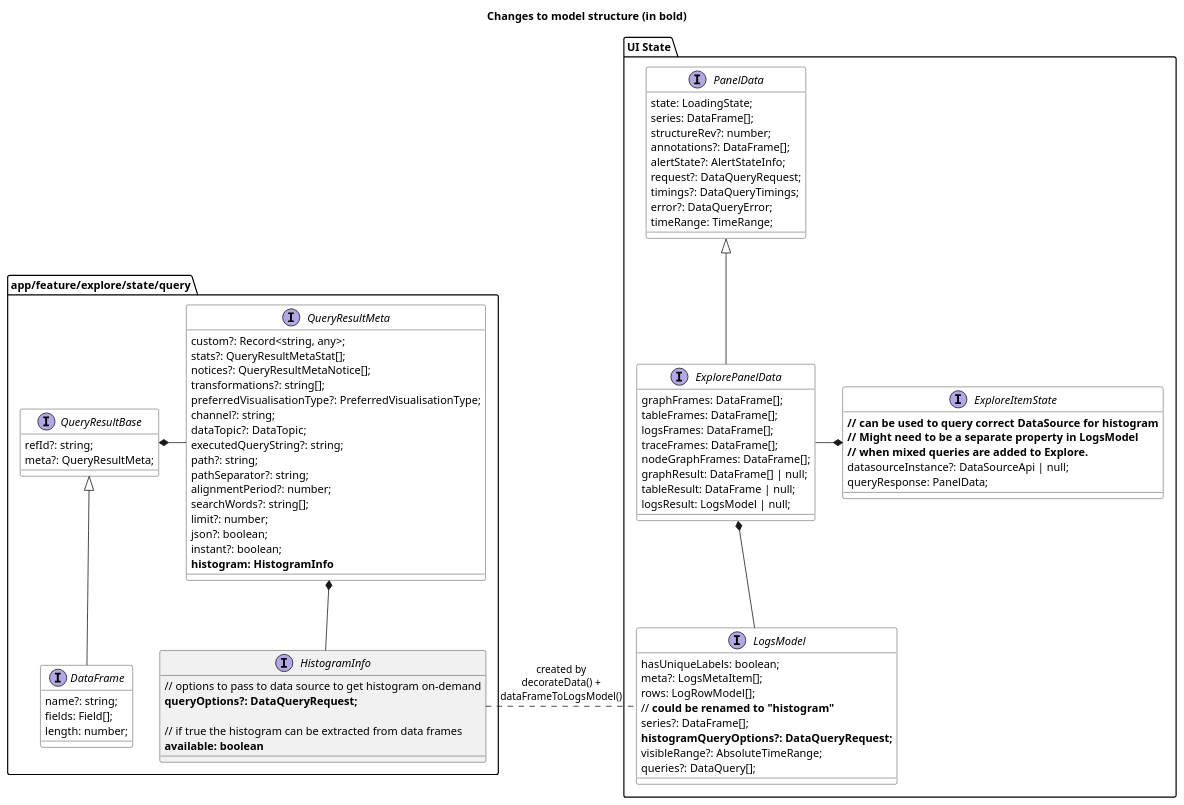
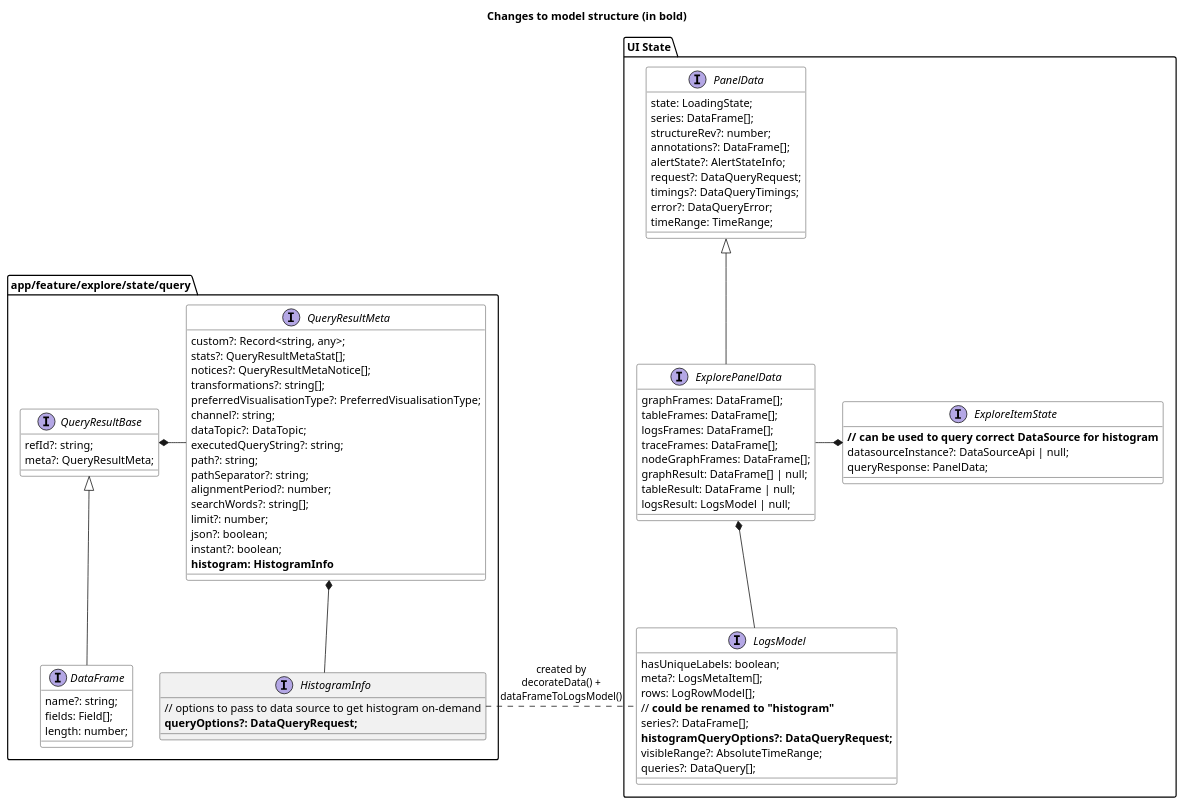
Before and after one commit to De30/grafana: the diagram in public/app/plugins/datasource/loki/docs/full-range-histogram/classes.puml, drawn with PlantUML. The commit also changed 1 other file, not shown here.

Commit message:
Diagrams v2.1

```diff
--- a/public/app/plugins/datasource/loki/docs/full-range-histogram/classes.puml
+++ b/public/app/plugins/datasource/loki/docs/full-range-histogram/classes.puml
@@ -1,98 +1,93 @@
 @startuml
 
 title: Changes to model structure (in bold)
 
 package "app/feature/explore/state/query" {
   interface DataFrame #white extends QueryResultBase  {
     name?: string;
     fields: Field[];
     length: number;
   }
 
   interface QueryResultBase #white {
     refId?: string;
     meta?: QueryResultMeta;
   }
 
   interface QueryResultMeta #white {
     custom?: Record<string, any>;
     stats?: QueryResultMetaStat[];
     notices?: QueryResultMetaNotice[];
     transformations?: string[];
     preferredVisualisationType?: PreferredVisualisationType;
     channel?: string;
     dataTopic?: DataTopic;
     executedQueryString?: string;
     path?: string;
     pathSeparator?: string;
     alignmentPeriod?: number;
     searchWords?: string[];
     limit?: number;
     json?: boolean;
     instant?: boolean;
     <b>histogram: HistogramInfo</b>
   }
 
   interface HistogramInfo {
     // options to pass to data source to get histogram on-demand
     <b>queryOptions?: DataQueryRequest;</b>
-
-    // if true the histogram can be extracted from data frames
-    <b>available: boolean</b>
   }
 
 }
 
 QueryResultBase *- QueryResultMeta
 QueryResultMeta *-- HistogramInfo
 
 package "UI State" {
   interface PanelData #white {
     state: LoadingState;
     series: DataFrame[];
     structureRev?: number;
     annotations?: DataFrame[];
     alertState?: AlertStateInfo;
     request?: DataQueryRequest;
     timings?: DataQueryTimings;
     error?: DataQueryError;
     timeRange: TimeRange;
   }
 
   interface ExplorePanelData #white extends PanelData {
     graphFrames: DataFrame[];
     tableFrames: DataFrame[];
     logsFrames: DataFrame[];
     traceFrames: DataFrame[];
     nodeGraphFrames: DataFrame[];
     graphResult: DataFrame[] | null;
     tableResult: DataFrame | null;
     logsResult: LogsModel | null;
   }
 
   interface LogsModel #white {
     hasUniqueLabels: boolean;
     meta?: LogsMetaItem[];
     rows: LogRowModel[];
     // <b>could be renamed to "histogram"
     series?: DataFrame[];
     <b>histogramQueryOptions?: DataQueryRequest;</b>
     visibleRange?: AbsoluteTimeRange;
     queries?: DataQuery[];
   }
 
   interface ExploreItemState #white {
     <b>// can be used to query correct DataSource for histogram</b>
-    <b>// Might need to be a separate property in LogsModel
-    <b>// when mixed queries are added to Explore.</b>
     datasourceInstance?: DataSourceApi | null;
     queryResponse: PanelData;
   }
 }
 
 ExplorePanelData -* ExploreItemState
 ExplorePanelData *-- LogsModel
 
 HistogramInfo . LogsModel : created by\ndecorateData() +\ndataFrameToLogsModel()
 
 @enduml
```
